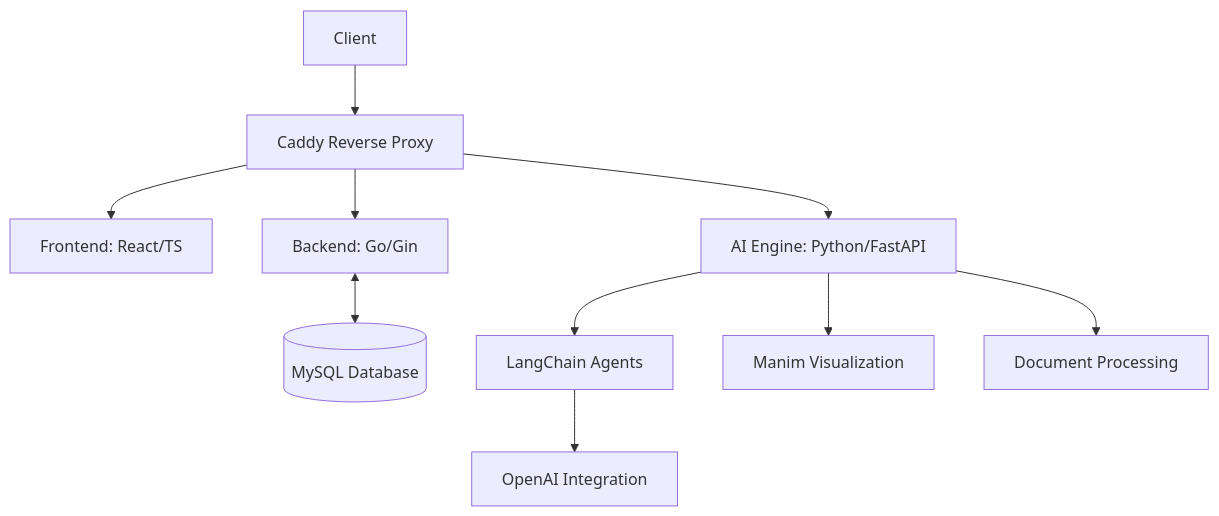
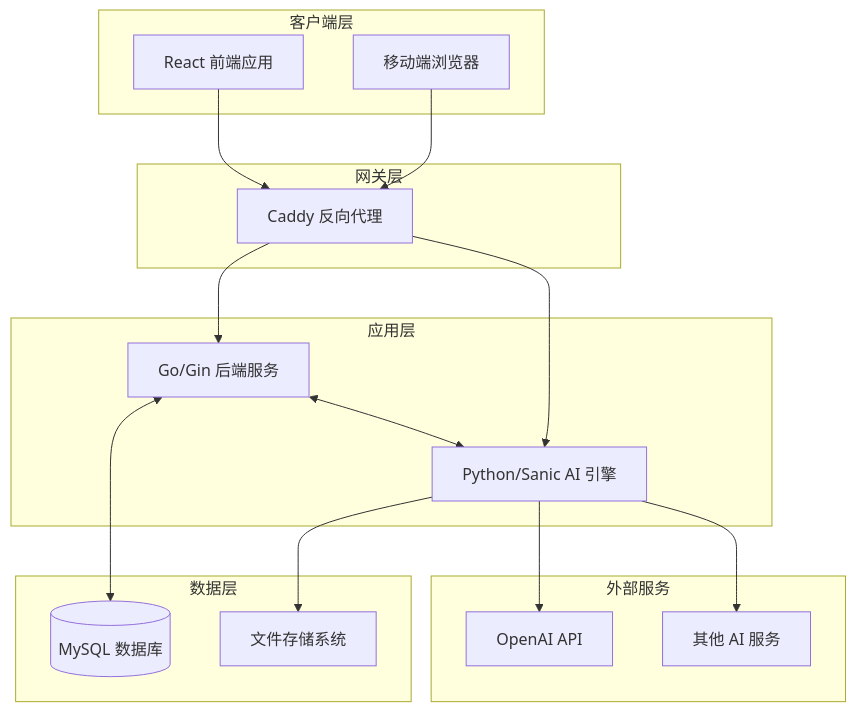
One commit to Singularity-Academy/SingularityAcademy changed the diagram in README.md. Above: the diagram before and after it, drawn with Mermaid. The commit also changed other lines of this file, not shown here.

````diff
--- a/README.md
+++ b/README.md
@@ -21,12 +56,36 @@
 ```mermaid
-graph TD
-    A[Client] --> B[Caddy Reverse Proxy]
-    B --> C[Frontend: React/TS]
-    B --> D[Backend: Go/Gin]
-    B --> E[AI Engine: Python/FastAPI]
-    D <--> F[(MySQL Database)]
-    E --> G[LangChain Agents]
-    G --> H[OpenAI Integration]
-    E --> I[Manim Visualization]
-    E --> J[Document Processing]
+graph TB
+    subgraph "客户端层"
+        A[React 前端应用]
+        B[移动端浏览器]
+    end
+    
+    subgraph "网关层"
+        C[Caddy 反向代理]
+    end
+    
+    subgraph "应用层"
+        D[Go/Gin 后端服务]
+        E[Python/Sanic AI 引擎]
+    end
+    
+    subgraph "数据层"
+        F[(MySQL 数据库)]
+        G[文件存储系统]
+    end
+    
+    subgraph "外部服务"
+        H[OpenAI API]
+        I[其他 AI 服务]
+    end
+    
+    A --> C
+    B --> C
+    C --> D
+    C --> E
+    D <--> F
+    E --> G
+    E --> H
+    E --> I
+    D <--> E
 ```
````
